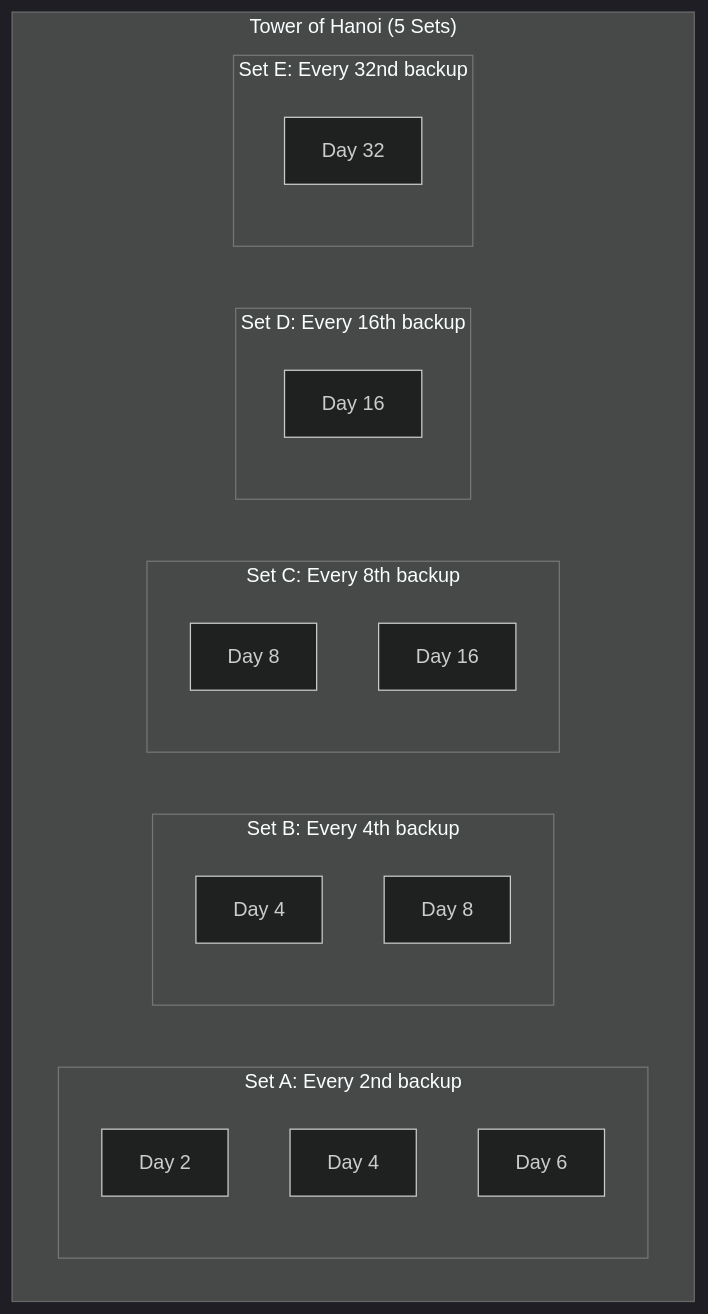
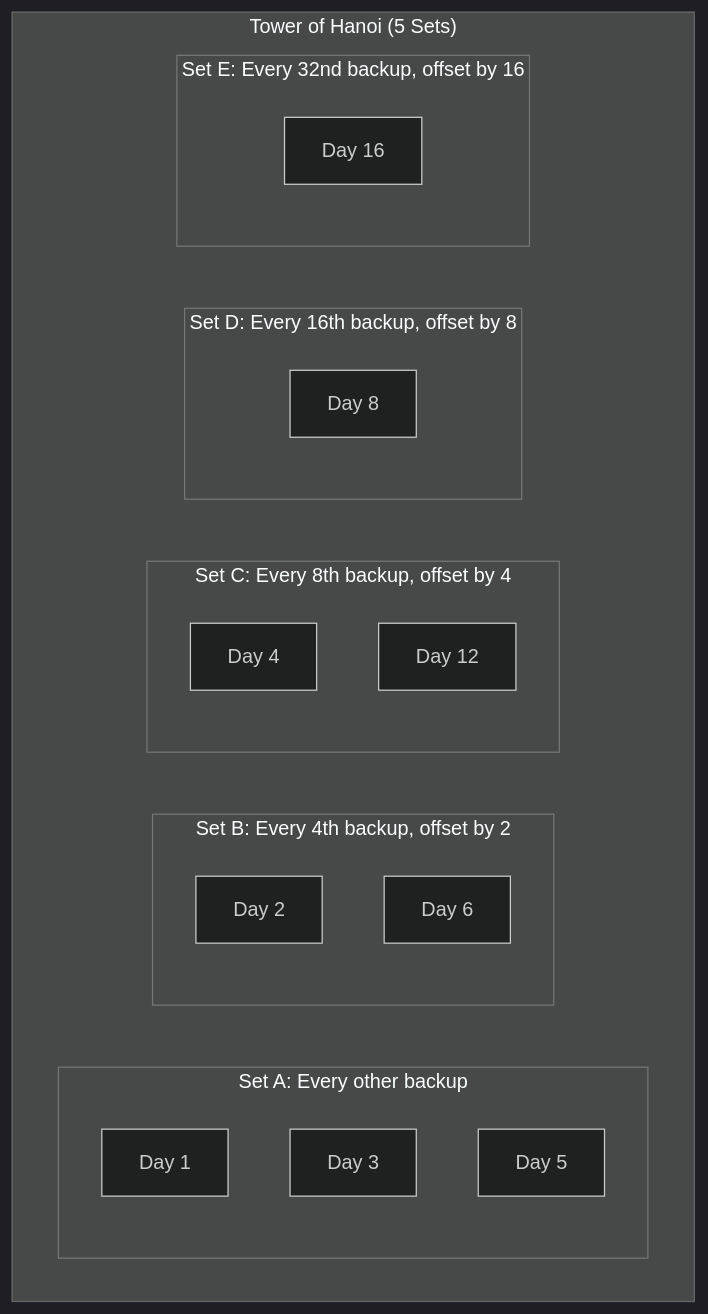
The third of 6 diagrams in posts/2026-01-30-backup-rotation-schemes/README.md (OneUptime/blog), drawn with Mermaid (dark theme) before and after one commit. The commit also changed other lines of this file and 2 other files, not shown here.

Commit message:
validate: 2026-01-30-backup-rotation-schemes

````diff
--- a/posts/2026-01-30-backup-rotation-schemes/README.md
+++ b/posts/2026-01-30-backup-rotation-schemes/README.md
@@ -133,28 +133,28 @@
 ```mermaid
 flowchart TB
     subgraph "Tower of Hanoi (5 Sets)"
-        subgraph SetA["Set A: Every 2nd backup"]
-            A1[Day 2]
-            A2[Day 4]
-            A3[Day 6]
+        subgraph SetA["Set A: Every other backup"]
+            A1[Day 1]
+            A2[Day 3]
+            A3[Day 5]
         end
 
-        subgraph SetB["Set B: Every 4th backup"]
-            B1[Day 4]
-            B2[Day 8]
+        subgraph SetB["Set B: Every 4th backup, offset by 2"]
+            B1[Day 2]
+            B2[Day 6]
         end
 
-        subgraph SetC["Set C: Every 8th backup"]
-            C1[Day 8]
-            C2[Day 16]
+        subgraph SetC["Set C: Every 8th backup, offset by 4"]
+            C1[Day 4]
+            C2[Day 12]
         end
 
-        subgraph SetD["Set D: Every 16th backup"]
-            D1[Day 16]
+        subgraph SetD["Set D: Every 16th backup, offset by 8"]
+            D1[Day 8]
         end
 
-        subgraph SetE["Set E: Every 32nd backup"]
-            E1[Day 32]
+        subgraph SetE["Set E: Every 32nd backup, offset by 16"]
+            E1[Day 16]
         end
     end
 ```
````
